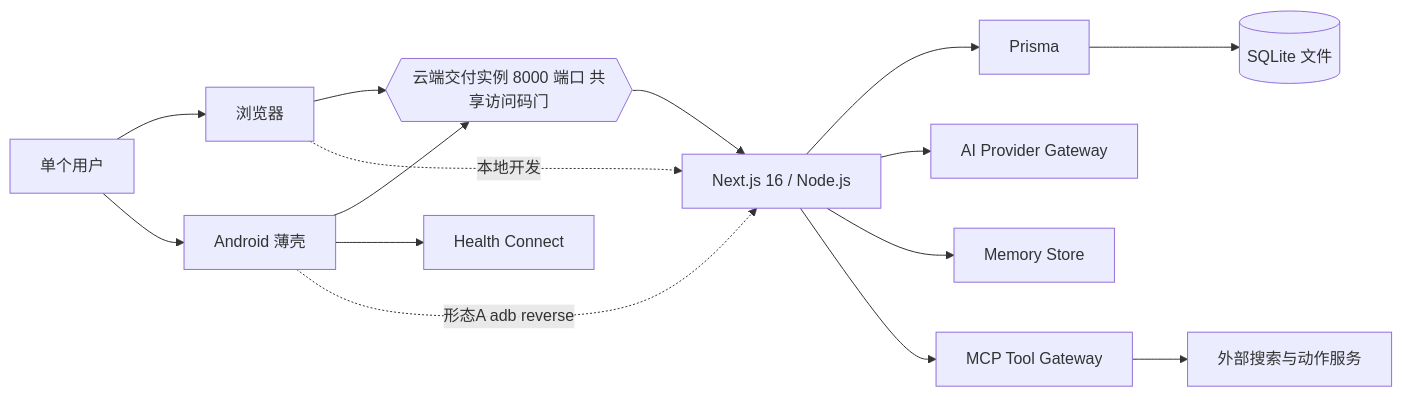
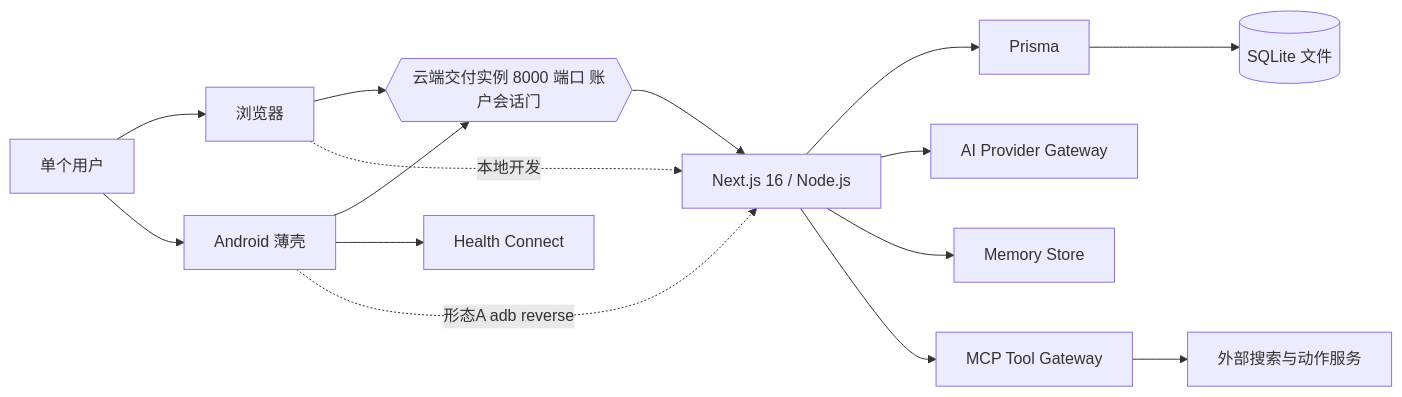
One commit to lehengzhangJacob/software_train changed the diagram in dev_repo/architecture/ARCHITECTURE.md. Above: the diagram before and after it, drawn with Mermaid. The commit also changed other lines of this file and 13 other files, not shown here.

```diff
--- a/dev_repo/architecture/ARCHITECTURE.md
+++ b/dev_repo/architecture/ARCHITECTURE.md
@@ -31,17 +31,17 @@
 ~~~mermaid
 flowchart LR
-  U[单个用户] --> B[浏览器]
-  U --> SH[Android 薄壳]
-  B --> CD{{云端交付实例 8000 端口 共享访问码门}}
+ U[单个用户] --> B[浏览器]
+ U --> SH[Android 薄壳]
+  B --> CD{{云端交付实例 8000 端口 账户会话门}}
   SH --> CD
   SH --> HC[Health Connect]
   CD --> N[Next.js 16 / Node.js]
   B -. 本地开发 .-> N
   SH -. 形态A adb reverse .-> N
   N --> P[Prisma]
   P --> S[(SQLite 文件)]
   N --> A[AI Provider Gateway]
   N --> M[Memory Store]
   N --> T[MCP Tool Gateway]
   T --> X[外部搜索与动作服务]
 ~~~
```
